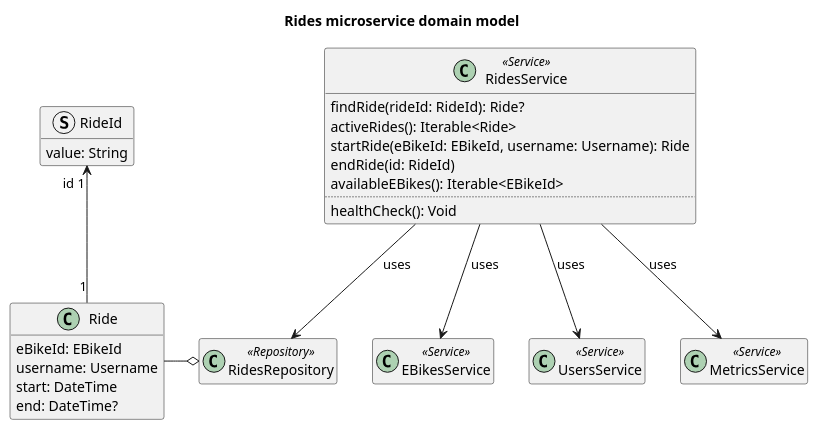
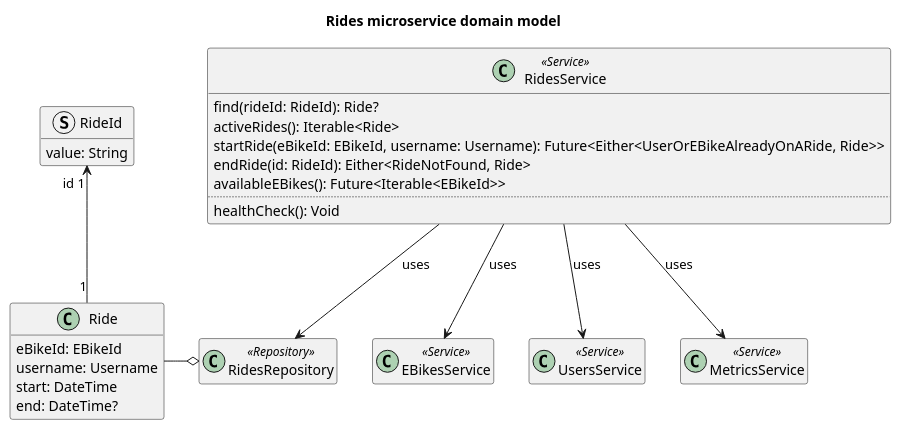
Before and after one commit to Ventus218/SAP-assignment-02: the diagram in doc/diagrams/src/rides-microservice-domain-model.puml, drawn with PlantUML. The commit also changed 18 other files, not shown here.

```diff
--- a/doc/diagrams/src/rides-microservice-domain-model.puml
+++ b/doc/diagrams/src/rides-microservice-domain-model.puml
@@ -1,42 +1,42 @@
 @startuml rides-microservice-domain-model
 
 title Rides microservice domain model
 
 class Ride {
     eBikeId: EBikeId
     username: Username
     start: DateTime
     end: DateTime?
 }
 struct RideId {
     value: String
 }
 Ride "1" -u-> "id 1" RideId
 
 class RidesRepository <<Repository>>
 RidesRepository o-l- Ride
 
 class RidesService <<Service>> {
-    findRide(rideId: RideId): Ride?
+    find(rideId: RideId): Ride?
     activeRides(): Iterable<Ride>
-    startRide(eBikeId: EBikeId, username: Username): Ride
-    endRide(id: RideId)
-    availableEBikes(): Iterable<EBikeId>
+    startRide(eBikeId: EBikeId, username: Username): Future<Either<UserOrEBikeAlreadyOnARide, Ride>>
+    endRide(id: RideId): Either<RideNotFound, Ride>
+    availableEBikes(): Future<Iterable<EBikeId>>
     ..
     healthCheck(): Void
 }
 
 RidesService --> RidesRepository : "uses"
 
 class EBikesService <<Service>>
 RidesService --> EBikesService : "uses"
 
 class UsersService <<Service>>
 RidesService --> UsersService : "uses"
 
 class MetricsService <<Service>>
 RidesService --> MetricsService : "uses"
 
 hide empty members
 
 @enduml
```
